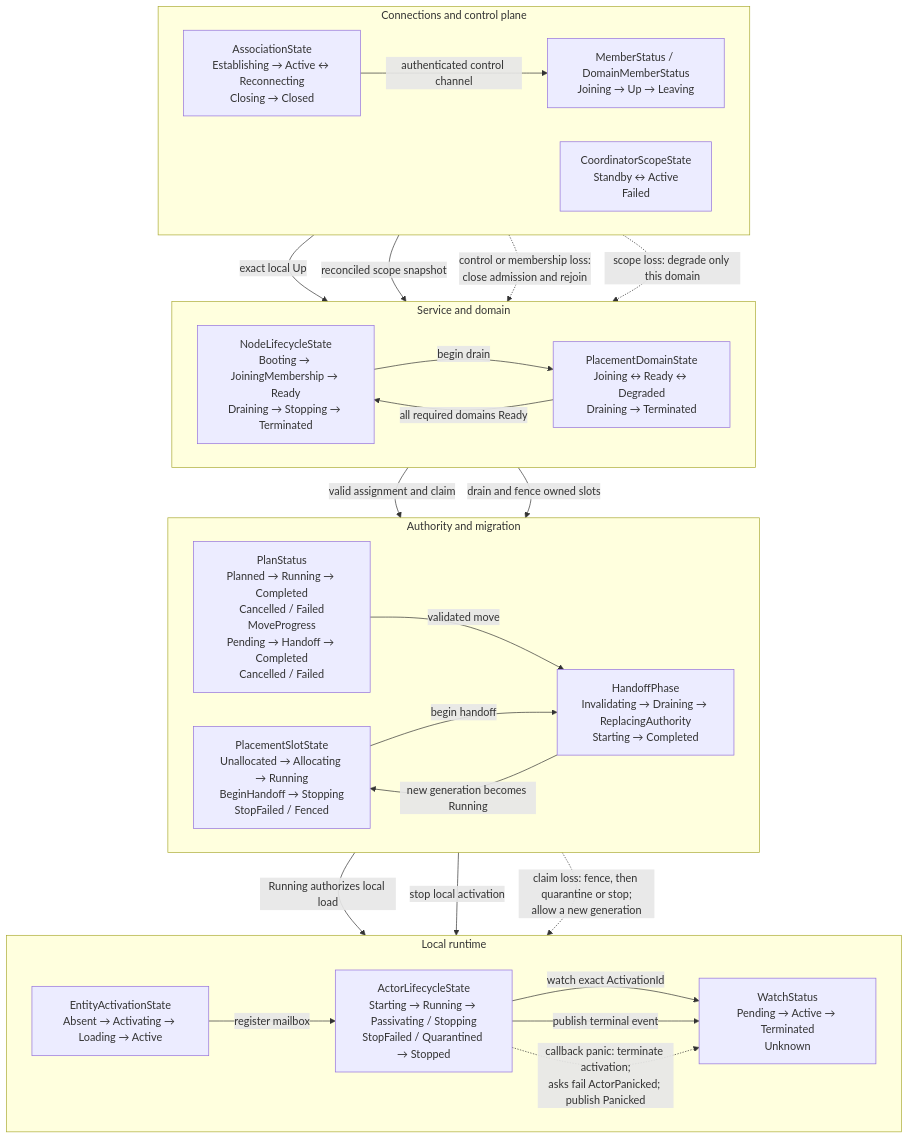
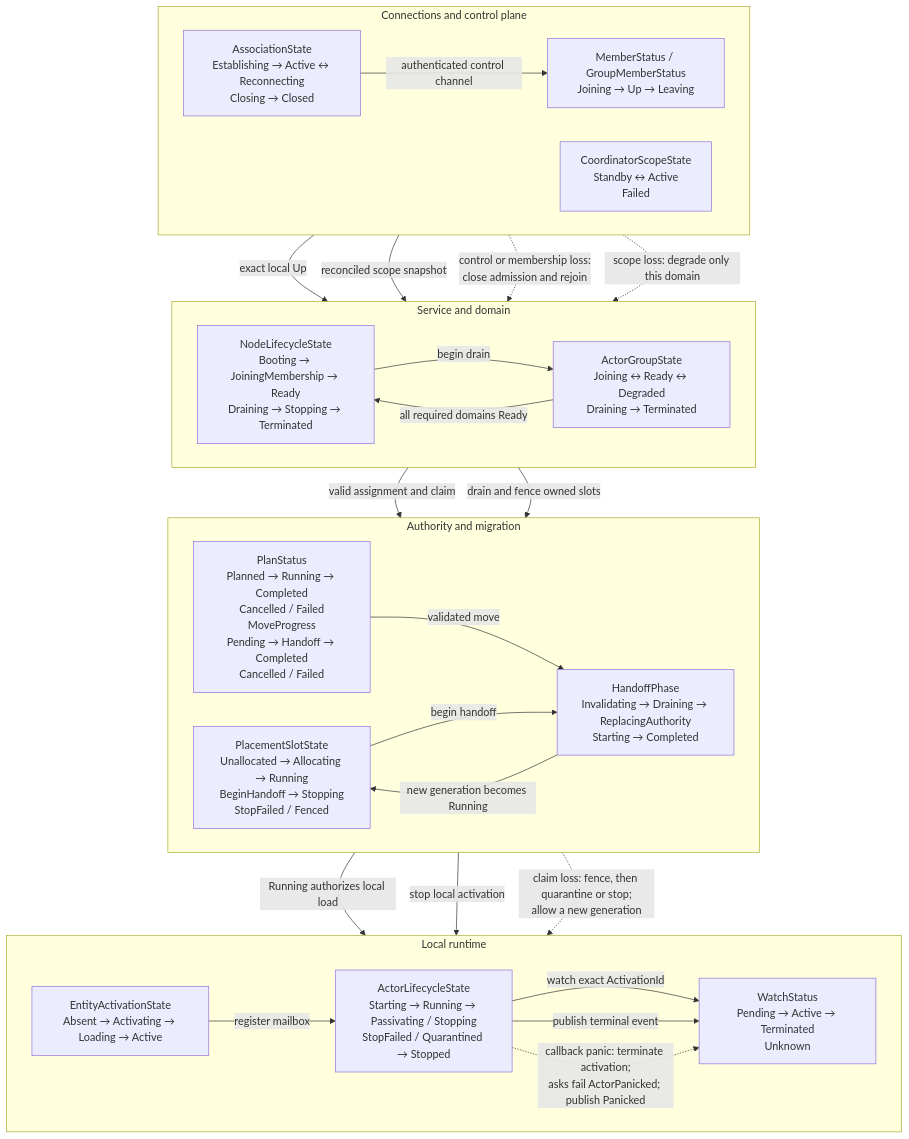
One commit to realm-labs/lattice changed the eighth of 12 diagrams in docs/architecture/00-overview.md. Above: the diagram before and after it, drawn with Mermaid. The commit also changed other lines of this file and 258 other files, not shown here.

````diff
--- a/docs/architecture/00-overview.md
+++ b/docs/architecture/00-overview.md
@@ -481,50 +481,50 @@
 ```mermaid
 flowchart TB
     subgraph Service["Service and domain"]
         direction LR
         Node["NodeLifecycleState<br/>Booting → JoiningMembership → Ready<br/>Draining → Stopping → Terminated"]
-        Domain["PlacementDomainState<br/>Joining ↔ Ready ↔ Degraded<br/>Draining → Terminated"]
+        Domain["ActorGroupState<br/>Joining ↔ Ready ↔ Degraded<br/>Draining → Terminated"]
     end
 
     subgraph Control["Connections and control plane"]
         direction LR
         Association["AssociationState<br/>Establishing → Active ↔ Reconnecting<br/>Closing → Closed"]
-        Membership["MemberStatus / DomainMemberStatus<br/>Joining → Up → Leaving"]
+        Membership["MemberStatus / GroupMemberStatus<br/>Joining → Up → Leaving"]
         Coordinator["CoordinatorScopeState<br/>Standby ↔ Active<br/>Failed"]
     end
 
     subgraph Authority["Authority and migration"]
         direction LR
         Slot["PlacementSlotState<br/>Unallocated → Allocating → Running<br/>BeginHandoff → Stopping<br/>StopFailed / Fenced"]
         Handoff["HandoffPhase<br/>Invalidating → Draining → ReplacingAuthority<br/>Starting → Completed"]
         Plan["PlanStatus<br/>Planned → Running → Completed<br/>Cancelled / Failed<br/>MoveProgress<br/>Pending → Handoff → Completed<br/>Cancelled / Failed"]
     end
 
     subgraph Runtime["Local runtime"]
         direction LR
         Activation["EntityActivationState<br/>Absent → Activating → Loading → Active"]
         Actor["ActorLifecycleState<br/>Starting → Running → Passivating / Stopping<br/>StopFailed / Quarantined → Stopped"]
         Watch["WatchStatus<br/>Pending → Active → Terminated<br/>Unknown"]
     end
 
     Association -->|"authenticated control channel"| Membership
     Membership -->|"exact local Up"| Node
     Coordinator -->|"reconciled scope snapshot"| Domain
     Domain -->|"all required domains Ready"| Node
     Domain -->|"valid assignment and claim"| Slot
     Plan -->|"validated move"| Handoff
     Slot -->|"begin handoff"| Handoff
     Handoff -->|"new generation becomes Running"| Slot
     Slot -->|"Running authorizes local load"| Activation
     Activation -->|"register mailbox"| Actor
     Actor -->|"watch exact ActivationId"| Watch
     Node -->|"begin drain"| Domain
     Domain -->|"drain and fence owned slots"| Slot
     Slot -->|"stop local activation"| Actor
     Actor -->|"publish terminal event"| Watch
 
     Association -.->|"control or membership loss:<br/>close admission and rejoin"| Node
     Coordinator -.->|"scope loss: degrade only this domain"| Domain
     Slot -.->|"claim loss: fence, then quarantine or stop;<br/>allow a new generation"| Actor
     Actor -.->|"callback panic: terminate activation;<br/>asks fail ActorPanicked; publish Panicked"| Watch
 ```
````
